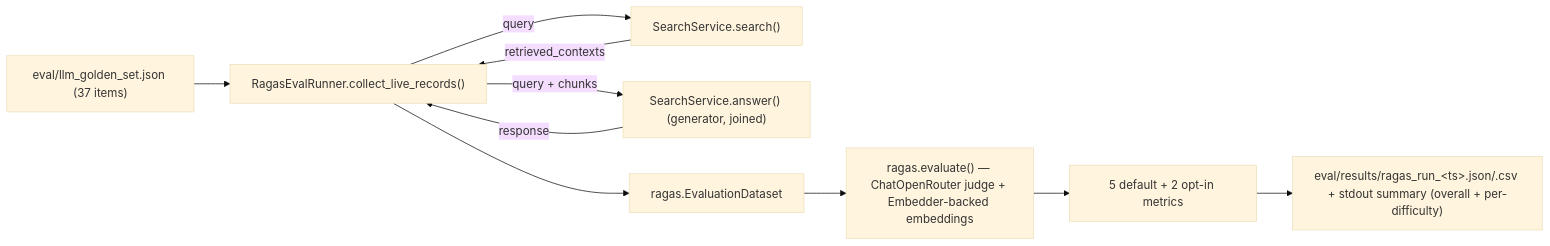
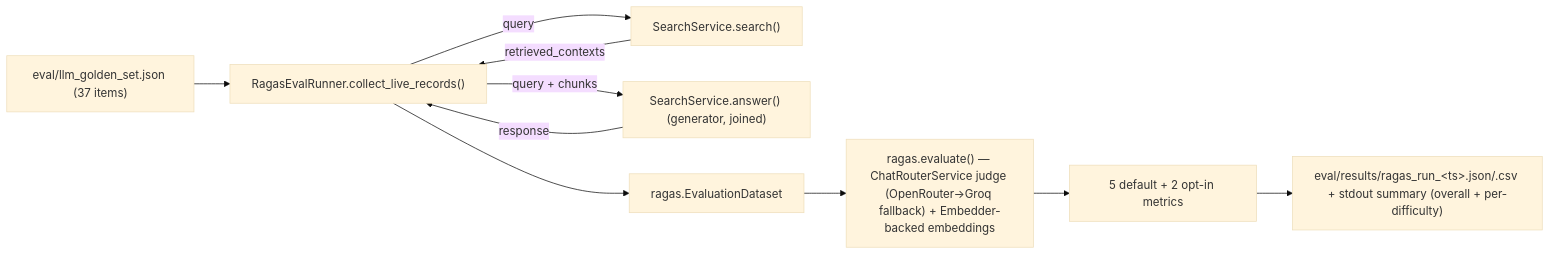
The first of 2 diagrams in doc/feature/ragas_runner.md (RTopdar/medical-ingestion), drawn with Mermaid (base theme) before and after one commit. The commit also changed 5 other files, not shown here.

First line of the commit message:
Document litellm/Groq chat fallback feature across IMPLEMENTATION_PLAN.md and doc/feature/

````diff
--- a/doc/feature/ragas_runner.md
+++ b/doc/feature/ragas_runner.md
@@ -40,12 +40,12 @@
 ```mermaid
 flowchart LR
     GS["eval/llm_golden_set.json (37 items)"] --> RUN["RagasEvalRunner.collect_live_records()"]
     RUN -->|query| SS_SEARCH["SearchService.search()"]
     SS_SEARCH -->|retrieved_contexts| RUN
     RUN -->|query + chunks| SS_ANSWER["SearchService.answer() (generator, joined)"]
     SS_ANSWER -->|response| RUN
     RUN --> DS["ragas.EvaluationDataset"]
-    DS --> EVAL["ragas.evaluate() — ChatOpenRouter judge + Embedder-backed embeddings"]
+    DS --> EVAL["ragas.evaluate() — ChatRouterService judge (OpenRouter->Groq fallback) + Embedder-backed embeddings"]
     EVAL --> METRICS["5 default + 2 opt-in metrics"]
     METRICS --> OUT["eval/results/ragas_run_&lt;ts&gt;.json/.csv + stdout summary (overall + per-difficulty)"]
 ```
````
